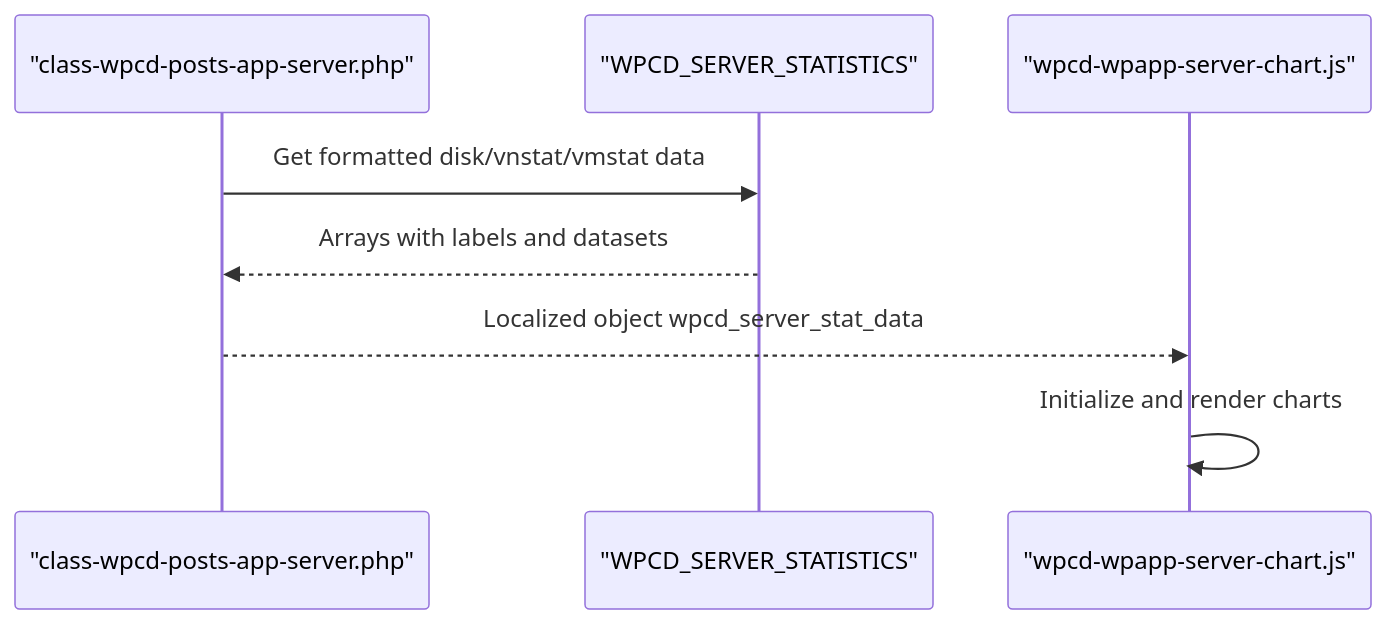
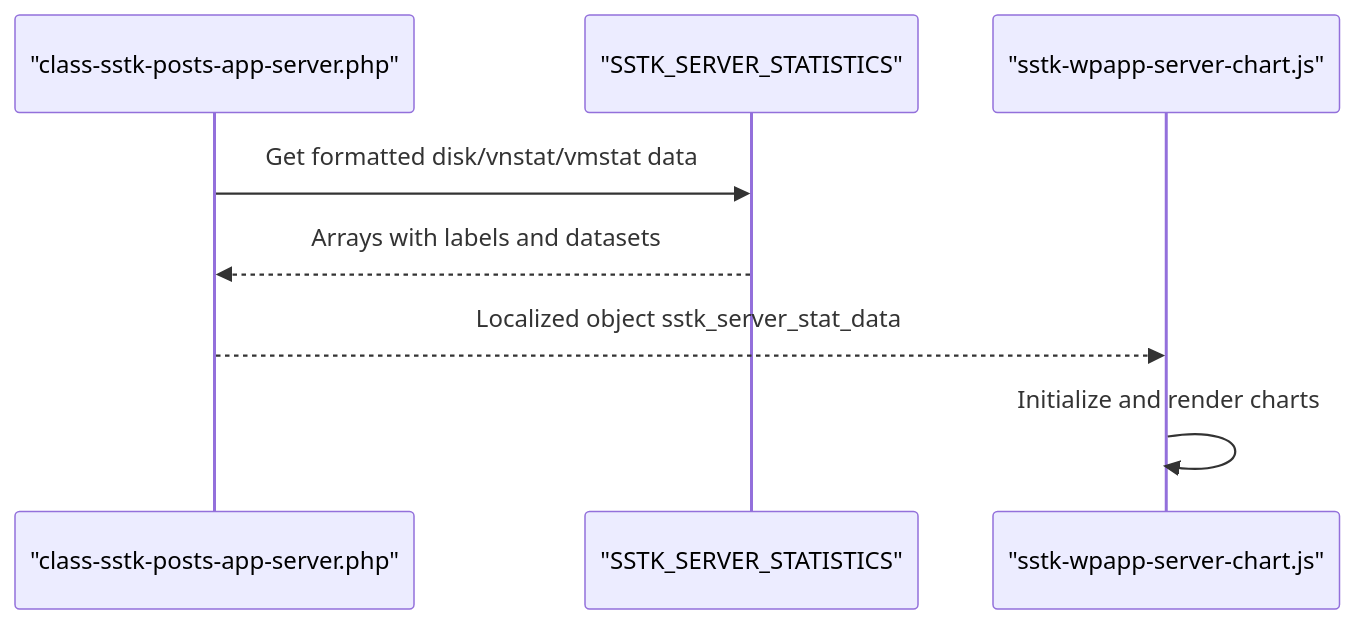
The fifth of 7 diagrams in .qoder/repowiki/en/content/Operational Tools/Monitoring Solutions/Built-in Server Statistics Collection.md (onedogsolutions/simple-stack), drawn with Mermaid before and after one commit. The commit also changed other lines of this file and 5941 other files, not shown here.

````diff
--- a/.qoder/repowiki/en/content/Operational Tools/Monitoring Solutions/Built-in Server Statistics Collection.md
+++ b/.qoder/repowiki/en/content/Operational Tools/Monitoring Solutions/Built-in Server Statistics Collection.md
@@ -218,10 +218,10 @@
 ```mermaid
 sequenceDiagram
-participant PHP as "class-wpcd-posts-app-server.php"
-participant Stats as "WPCD_SERVER_STATISTICS"
-participant FE as "wpcd-wpapp-server-chart.js"
+participant PHP as "class-sstk-posts-app-server.php"
+participant Stats as "SSTK_SERVER_STATISTICS"
+participant FE as "sstk-wpapp-server-chart.js"
 PHP->>Stats : Get formatted disk/vnstat/vmstat data
 Stats-->>PHP : Arrays with labels and datasets
-PHP-->>FE : Localized object wpcd_server_stat_data
+PHP-->>FE : Localized object sstk_server_stat_data
 FE->>FE : Initialize and render charts
 ```
````
